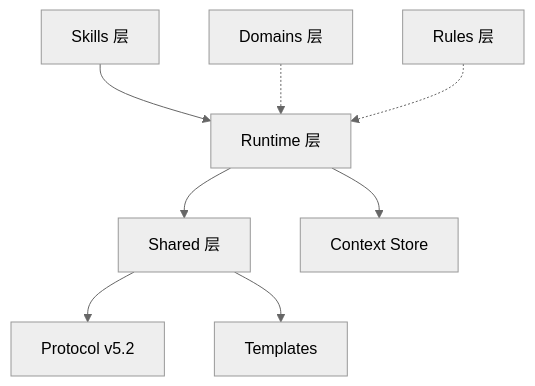
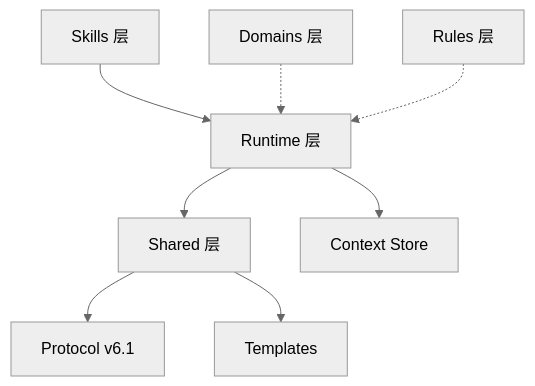
One commit to 3kaiu/Ritsu changed the diagram in README.md. Above: the diagram before and after it, drawn with Mermaid (neutral theme). The commit also changed other lines of this file and 76 other files, not shown here.

````diff
--- a/README.md
+++ b/README.md
@@ -79,10 +78,10 @@
 ```mermaid
 graph TD
     A[Skills 层] --> B[Runtime 层]
     B --> C[Shared 层]
-    C --> D[Protocol v5.2]
+    C --> D[Protocol v6.1]
     C --> E[Templates]
     B --> F[Context Store]
     G[Domains 层] -.-> B
     H[Rules 层] -.-> B
 ```
````
